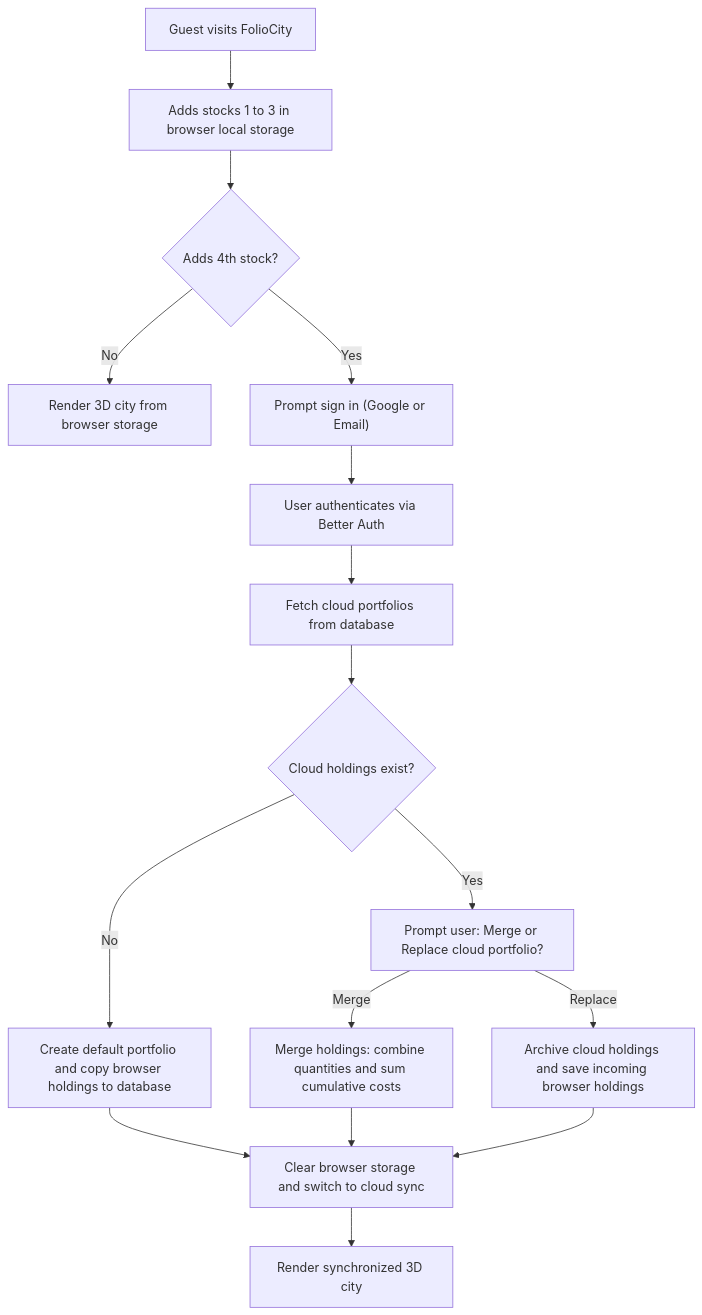
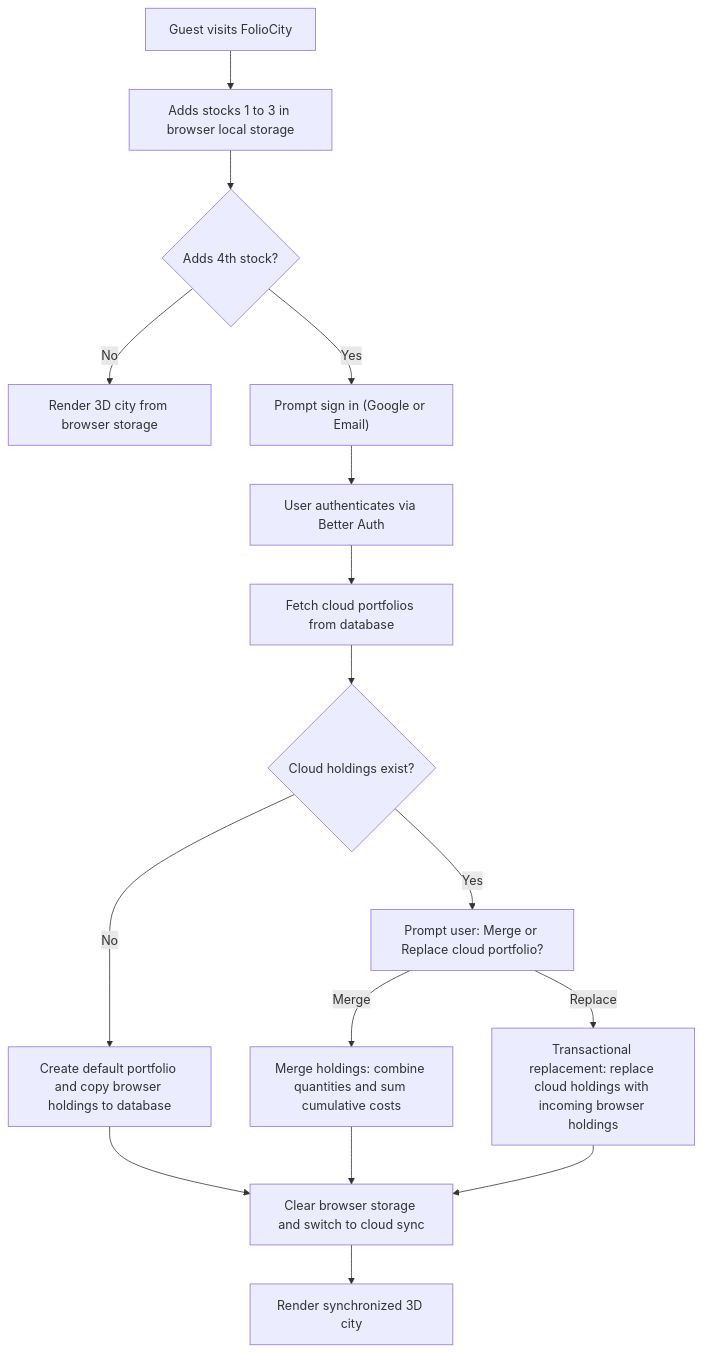
The second of 4 diagrams in foliocity-data-model-diagrams.md (shubhamxdd/sto-viz), drawn with Mermaid before and after one commit. The commit also changed other lines of this file and 1 other file, not shown here.

Commit message:
docs(spec): harden data model and diagrams based on codex cli verification

````diff
--- a/foliocity-data-model-diagrams.md
+++ b/foliocity-data-model-diagrams.md
@@ -90,18 +91,18 @@
 ```mermaid
 flowchart TD
     Start["Guest visits FolioCity"] --> AddStock["Adds stocks 1 to 3 in browser local storage"]
     AddStock --> CheckLimit{"Adds 4th stock?"}
     CheckLimit -- No --> RenderLocal["Render 3D city from browser storage"]
     CheckLimit -- Yes --> PromptAuth["Prompt sign in (Google or Email)"]
     PromptAuth --> Authenticated["User authenticates via Better Auth"]
     Authenticated --> QueryCloud["Fetch cloud portfolios from database"]
     QueryCloud --> HasCloudData{"Cloud holdings exist?"}
     HasCloudData -- No --> DirectMigration["Create default portfolio and copy browser holdings to database"]
     HasCloudData -- Yes --> PromptConflict["Prompt user: Merge or Replace cloud portfolio?"]
     PromptConflict -- Merge --> MergeHoldings["Merge holdings: combine quantities and sum cumulative costs"]
-    PromptConflict -- Replace --> ReplaceHoldings["Archive cloud holdings and save incoming browser holdings"]
+    PromptConflict -- Replace --> ReplaceHoldings["Transactional replacement: replace cloud holdings with incoming browser holdings"]
     DirectMigration --> SyncDone["Clear browser storage and switch to cloud sync"]
     MergeHoldings --> SyncDone
     ReplaceHoldings --> SyncDone
     SyncDone --> RenderCity["Render synchronized 3D city"]
 ```
````
